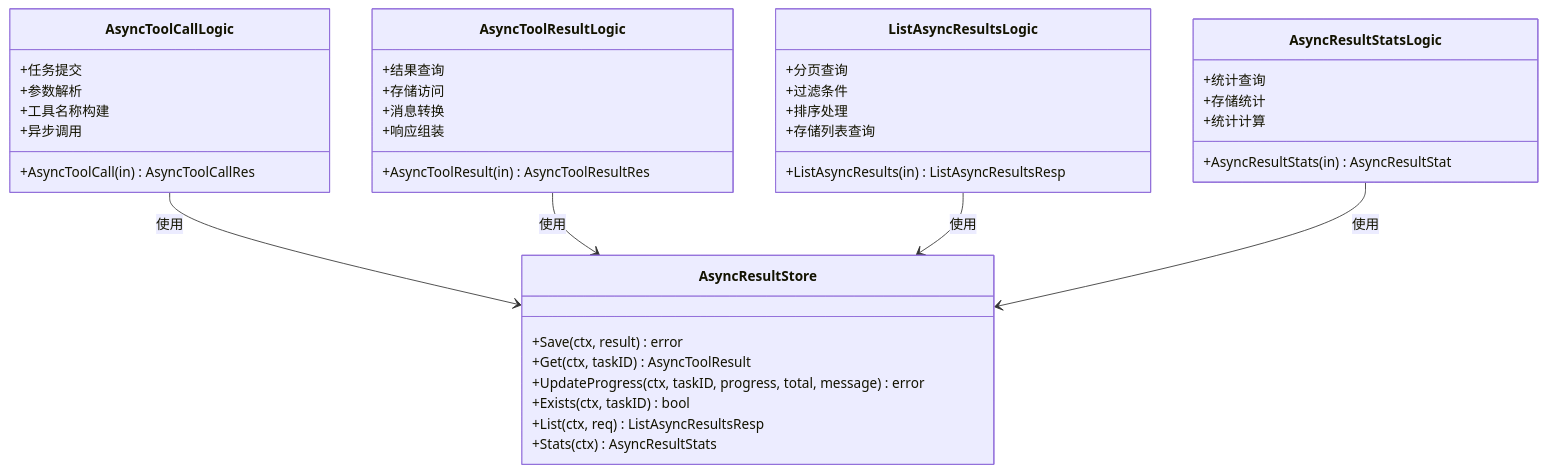
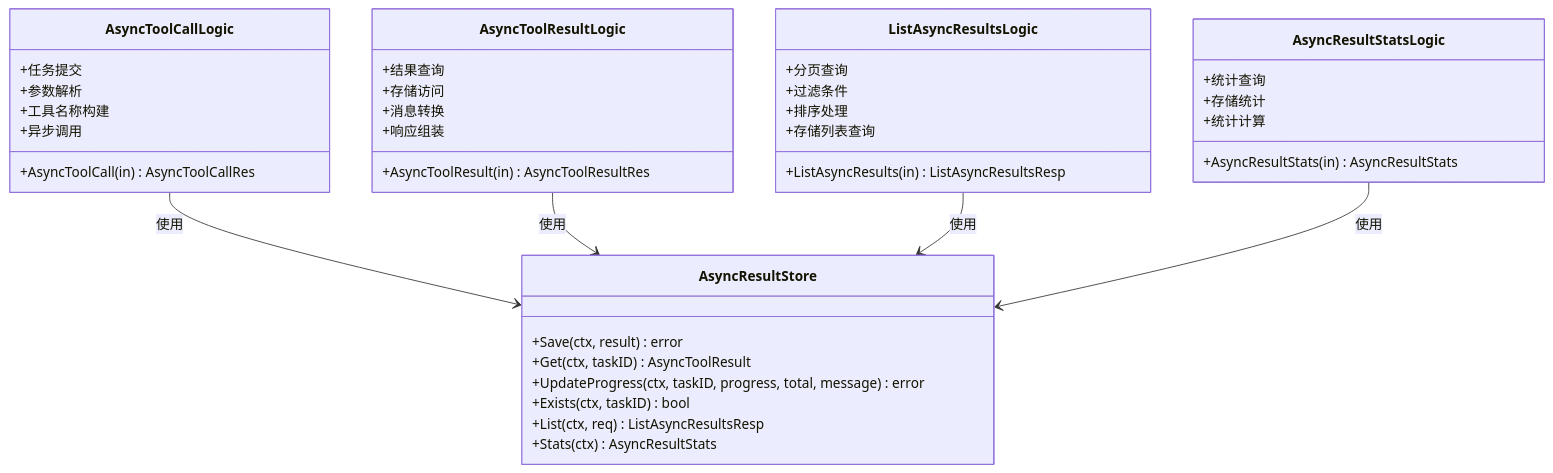
One commit to maomao94/zero-service changed the seventh of 13 diagrams in .qoder/repowiki/zh/content/核心服务详解/AI聊天服务.md. Above: the diagram before and after it, drawn with Mermaid. The commit also changed other lines of this file and 58 other files, not shown here.

````diff
--- a/.qoder/repowiki/zh/content/核心服务详解/AI聊天服务.md
+++ b/.qoder/repowiki/zh/content/核心服务详解/AI聊天服务.md
@@ -797,42 +797,42 @@
 ```mermaid
 classDiagram
 class AsyncToolCallLogic {
 +AsyncToolCall(in) AsyncToolCallRes
 +任务提交
 +参数解析
 +工具名称构建
 +异步调用
 }
 class AsyncToolResultLogic {
 +AsyncToolResult(in) AsyncToolResultRes
 +结果查询
 +存储访问
 +消息转换
 +响应组装
 }
 class ListAsyncResultsLogic {
 +ListAsyncResults(in) ListAsyncResultsResp
 +分页查询
 +过滤条件
 +排序处理
 +存储列表查询
 }
 class AsyncResultStatsLogic {
-+AsyncResultStats(in) AsyncResultStat
++AsyncResultStats(in) AsyncResultStats
 +统计查询
 +存储统计
 +统计计算
 }
 class AsyncResultStore {
 +Save(ctx, result) error
 +Get(ctx, taskID) AsyncToolResult
 +UpdateProgress(ctx, taskID, progress, total, message) error
 +Exists(ctx, taskID) bool
 +List(ctx, req) ListAsyncResultsResp
 +Stats(ctx) AsyncResultStats
 }
 AsyncToolCallLogic --> AsyncResultStore : 使用
 AsyncToolResultLogic --> AsyncResultStore : 使用
 ListAsyncResultsLogic --> AsyncResultStore : 使用
 AsyncResultStatsLogic --> AsyncResultStore : 使用
 ```
````
